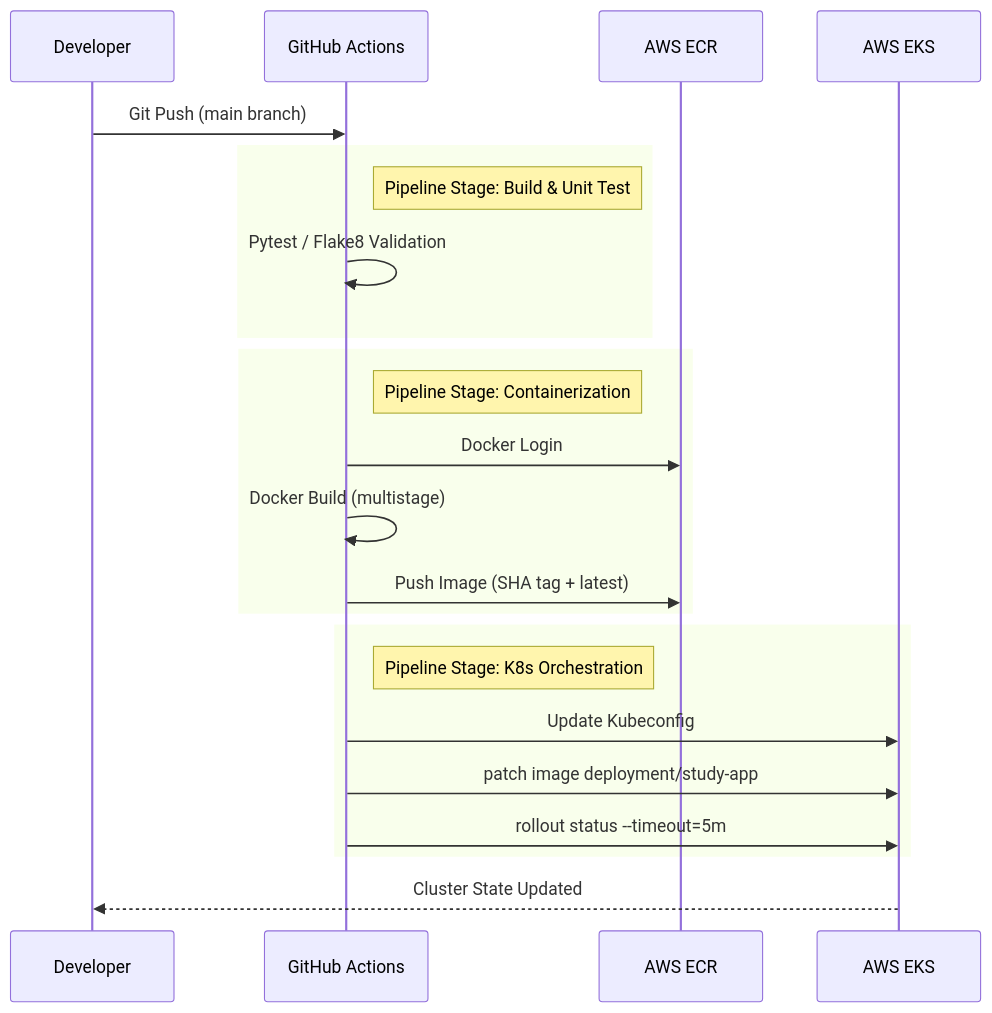
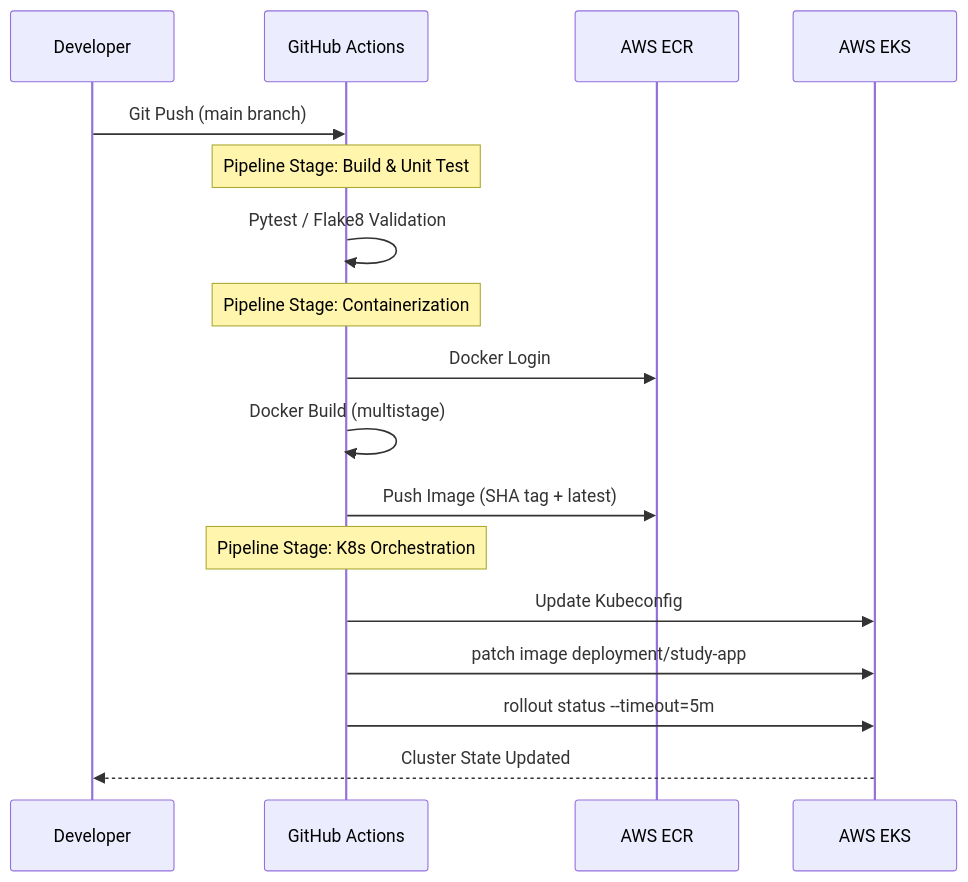
One commit to nasim-raj-laskar/StudyAI changed the second of 2 diagrams in README.md. Above: the diagram before and after it, drawn with Mermaid. The commit also changed other lines of this file, not shown here.

````diff
--- a/README.md
+++ b/README.md
@@ -59,30 +35,24 @@
 ```mermaid
 sequenceDiagram
     participant Dev as Developer
     participant GHA as GitHub Actions
     participant ECR as AWS ECR
     participant EKS as AWS EKS
 
     Dev->>GHA: Git Push (main branch)
 
-    rect
-        Note right of GHA: Pipeline Stage: Build & Unit Test
-        GHA->>GHA: Pytest / Flake8 Validation
-    end
+    Note over GHA: Pipeline Stage: Build & Unit Test
+    GHA->>GHA: Pytest / Flake8 Validation
 
-    rect
-        Note right of GHA: Pipeline Stage: Containerization
-        GHA->>ECR: Docker Login
-        GHA->>GHA: Docker Build (multistage)
-        GHA->>ECR: Push Image (SHA tag + latest)
-    end
+    Note over GHA: Pipeline Stage: Containerization
+    GHA->>ECR: Docker Login
+    GHA->>GHA: Docker Build (multistage)
+    GHA->>ECR: Push Image (SHA tag + latest)
 
-    rect
-        Note right of GHA: Pipeline Stage: K8s Orchestration
-        GHA->>EKS: Update Kubeconfig
-        GHA->>EKS: patch image deployment/study-app
-        GHA->>EKS: rollout status --timeout=5m
-    end
+    Note over GHA: Pipeline Stage: K8s Orchestration
+    GHA->>EKS: Update Kubeconfig
+    GHA->>EKS: patch image deployment/study-app
+    GHA->>EKS: rollout status --timeout=5m
 
     EKS-->>Dev: Cluster State Updated
 ```
````
